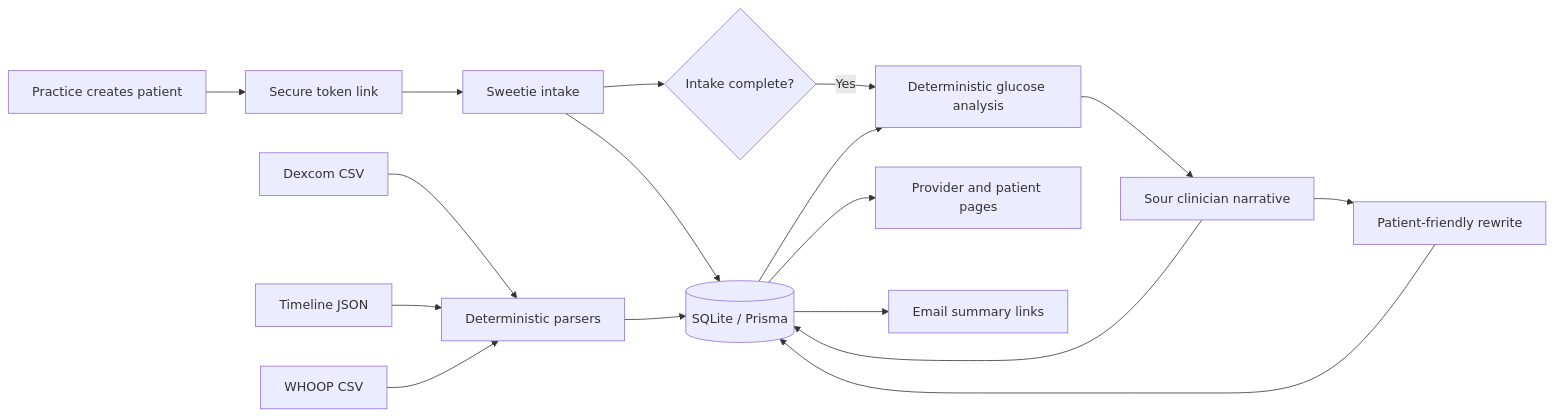
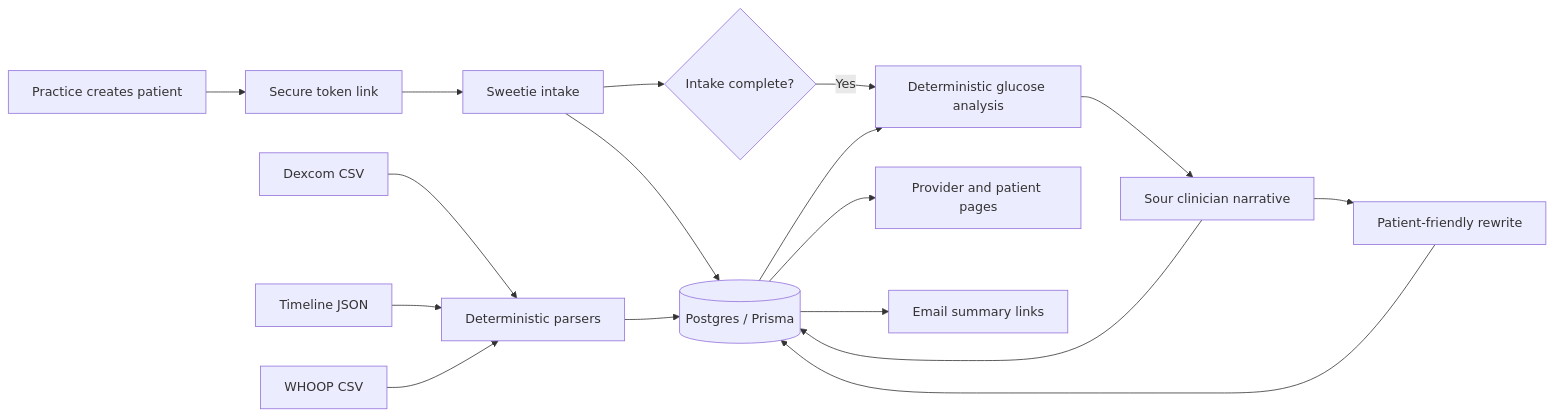
Before and after one commit to justinmilner1/healthcare_ai_hackathon_26_09: the diagram in docs/AGENT_ARCHITECTURE.md, drawn with Mermaid. The commit also changed 18 other files, not shown here.

````diff
--- a/docs/AGENT_ARCHITECTURE.md
+++ b/docs/AGENT_ARCHITECTURE.md
@@ -12,19 +12,19 @@
 ```mermaid
 flowchart LR
     A[Practice creates patient] --> B[Secure token link]
     B --> C[Sweetie intake]
-    C --> D[(SQLite / Prisma)]
+    C --> D[(Postgres / Prisma)]
     E[Dexcom CSV] --> F[Deterministic parsers]
     G[Timeline JSON] --> F
     H[WHOOP CSV] --> F
     F --> D
     C --> I{Intake complete?}
     I -->|Yes| J[Deterministic glucose analysis]
     D --> J
     J --> K[Sour clinician narrative]
     K --> L[Patient-friendly rewrite]
     K --> D
     L --> D
     D --> M[Provider and patient pages]
     D --> N[Email summary links]
 ```
````
